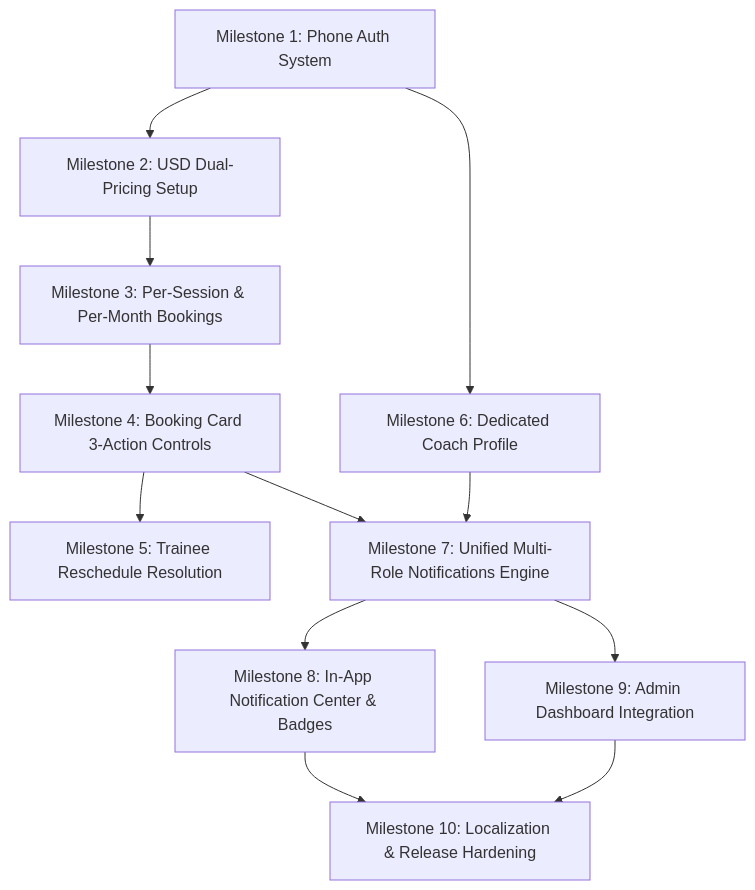
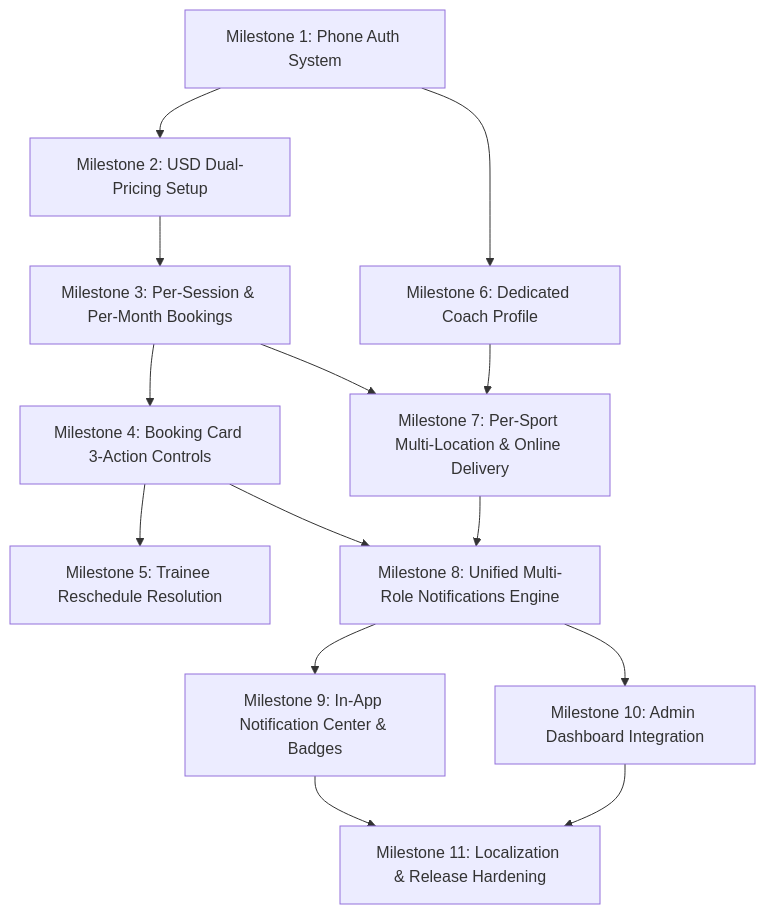
One commit to alitoson123/fitness-app changed the diagram in PROJECT_ROADMAP_PHASE_2.md. Above: the diagram before and after it, drawn with Mermaid. The commit also changed other lines of this file and 60 other files, not shown here.

Commit message:
Finish Milestone 7: Per-Sport Multi-Location & Online Training Delivery System

````diff
--- a/PROJECT_ROADMAP_PHASE_2.md
+++ b/PROJECT_ROADMAP_PHASE_2.md
@@ -80,14 +80,16 @@
 ```mermaid
 graph TD
     M1[Milestone 1: Phone Auth System] --> M2[Milestone 2: USD Dual-Pricing Setup]
     M2 --> M3[Milestone 3: Per-Session & Per-Month Bookings]
     M3 --> M4[Milestone 4: Booking Card 3-Action Controls]
     M4 --> M5[Milestone 5: Trainee Reschedule Resolution]
     M1 --> M6[Milestone 6: Dedicated Coach Profile]
-    M4 --> M7[Milestone 7: Unified Multi-Role Notifications Engine]
-    M6 --> M7
-    M7 --> M8[Milestone 8: In-App Notification Center & Badges]
-    M7 --> M9[Milestone 9: Admin Dashboard Integration]
-    M8 --> M10[Milestone 10: Localization & Release Hardening]
-    M9 --> M10
+    M6 --> M7[Milestone 7: Per-Sport Multi-Location & Online Delivery]
+    M3 --> M7
+    M7 --> M8[Milestone 8: Unified Multi-Role Notifications Engine]
+    M4 --> M8
+    M8 --> M9[Milestone 9: In-App Notification Center & Badges]
+    M8 --> M10[Milestone 10: Admin Dashboard Integration]
+    M9 --> M11[Milestone 11: Localization & Release Hardening]
+    M10 --> M11
 ```
````
